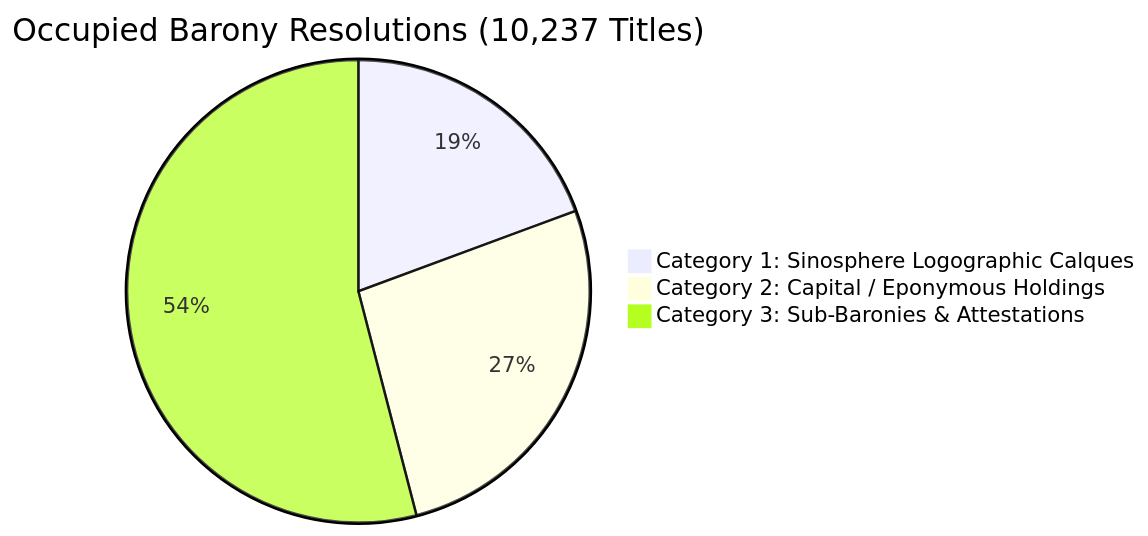
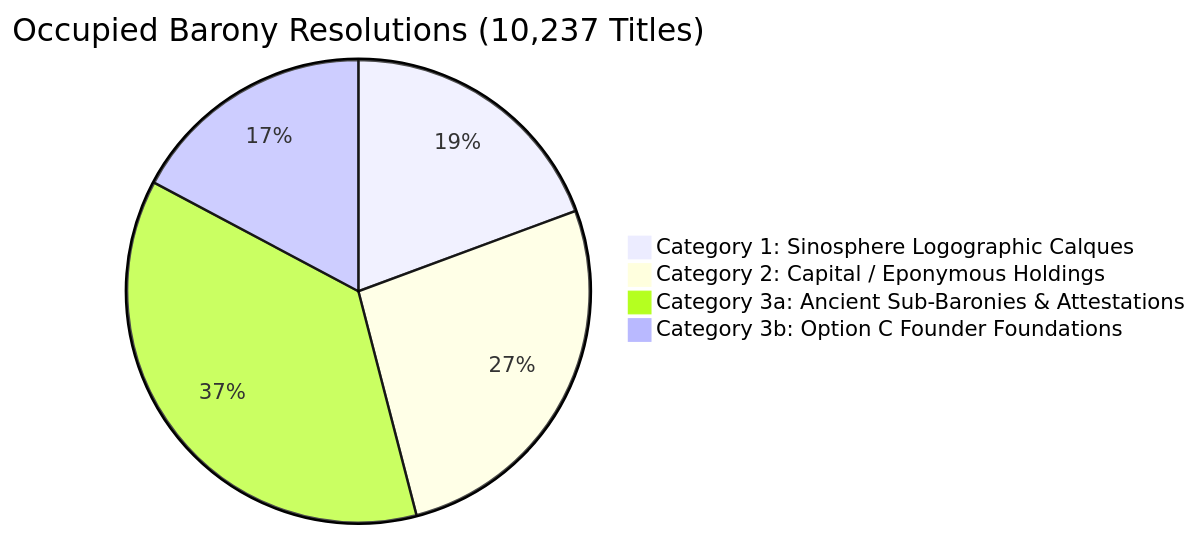
One commit to skachano/tarraconian_hre changed the diagram in barony_historical_audit_and_resolutions.md. Above: the diagram before and after it, drawn with Mermaid. The commit also changed other lines of this file and 4 other files, not shown here.

````diff
--- a/barony_historical_audit_and_resolutions.md
+++ b/barony_historical_audit_and_resolutions.md
@@ -38,6 +38,7 @@
 ```mermaid
 pie title Occupied Barony Resolutions (10,237 Titles)
     "Category 1: Sinosphere Logographic Calques" : 1982
     "Category 2: Capital / Eponymous Holdings" : 2723
-    "Category 3: Sub-Baronies & Attestations" : 5532
+    "Category 3a: Ancient Sub-Baronies & Attestations" : 3769
+    "Category 3b: Option C Founder Foundations" : 1763
 ```
````
